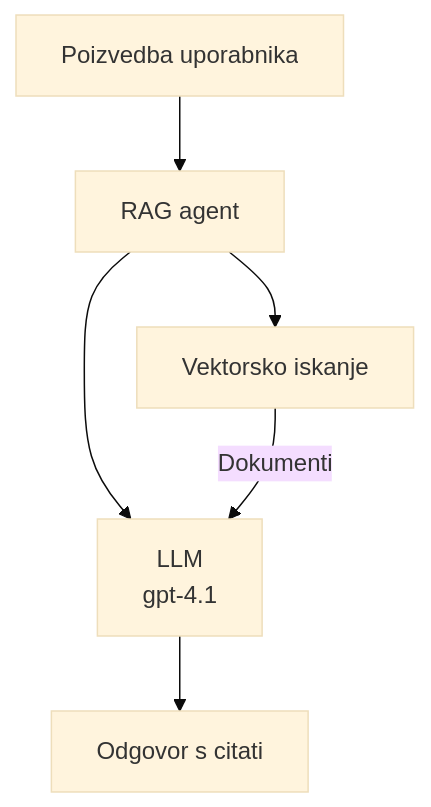
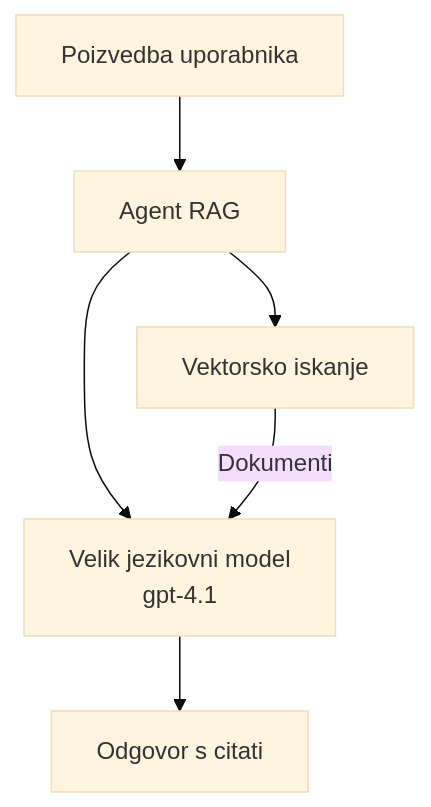
One commit to microsoft/AZD-for-beginners changed the second of 3 diagrams in translations/sl/docs/chapter-02-ai-development/agents.md. Above: the diagram before and after it, drawn with Mermaid (base theme). The commit also changed other lines of this file and 104 other files, not shown here.

````diff
--- a/translations/sl/docs/chapter-02-ai-development/agents.md
+++ b/translations/sl/docs/chapter-02-ai-development/agents.md
@@ -175,8 +181,8 @@
 ```mermaid
 graph TD
-    Query[Poizvedba uporabnika] --> RAG[RAG agent]
+    Query[Poizvedba uporabnika] --> RAG[Agent RAG]
     RAG --> Vector[Vektorsko iskanje]
-    RAG --> LLM[LLM<br/>gpt-4.1]
+    RAG --> LLM[Velik jezikovni model<br/>gpt-4.1]
     Vector -- Dokumenti --> LLM
     LLM --> Response[Odgovor s citati]
 ```
````
